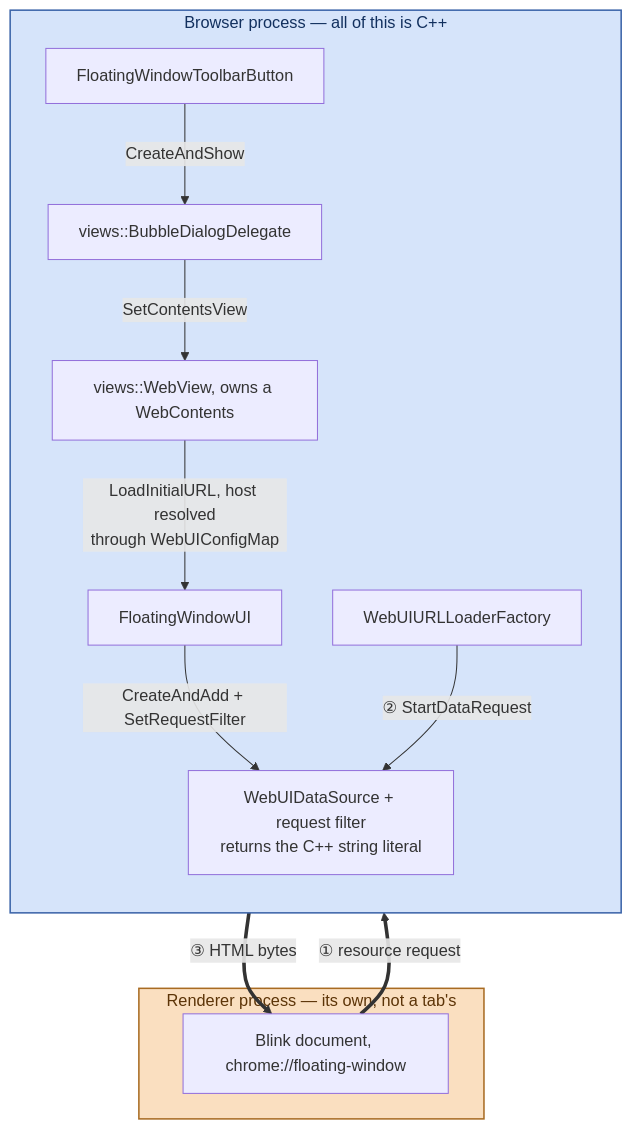
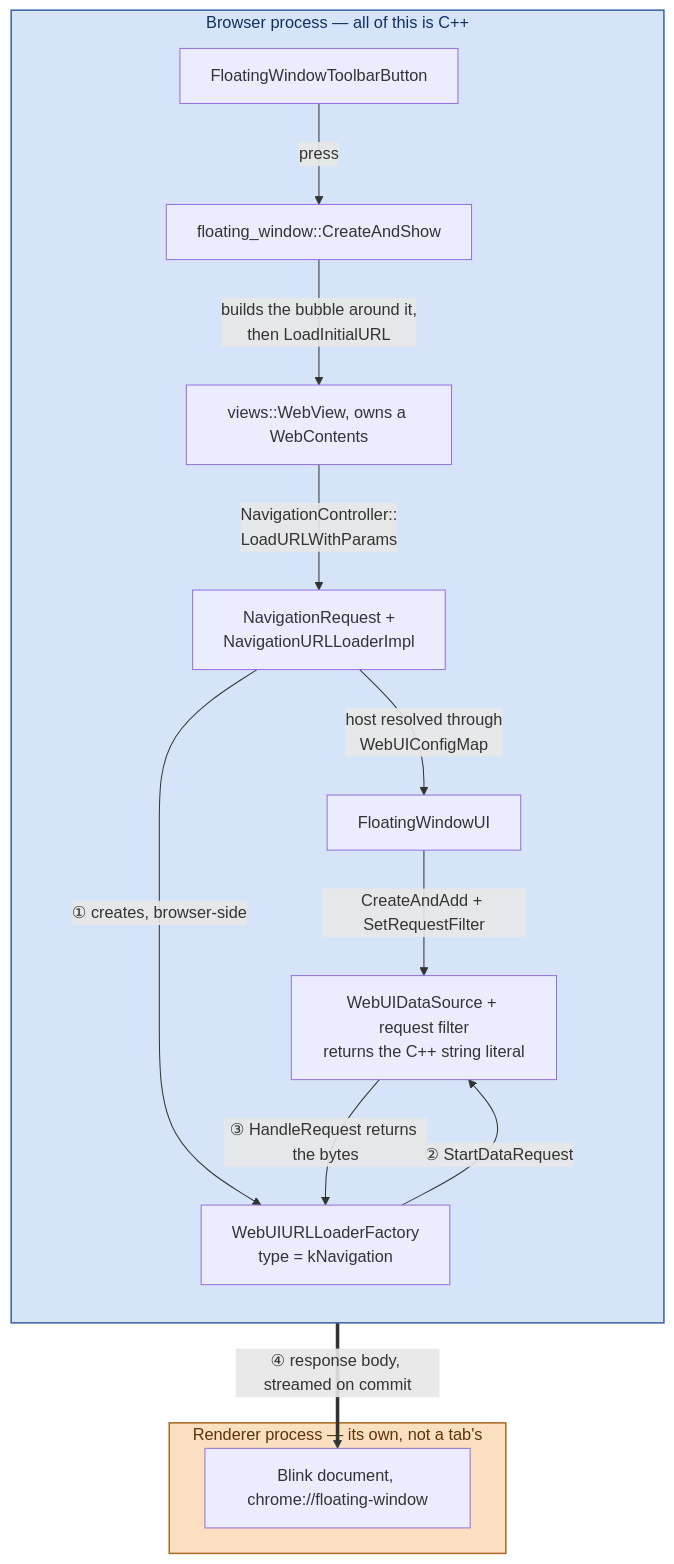
The first of 5 diagrams in docs/floating_window/floating-window-implementation.md (obeletski/chromium), drawn with Mermaid before and after one commit. The commit also changed other lines of this file and 1 other file, not shown here.

````diff
--- a/docs/floating_window/floating-window-implementation.md
+++ b/docs/floating_window/floating-window-implementation.md
@@ -50,29 +50,32 @@
 ```mermaid
 graph TB
   subgraph BROWSER["Browser process — all of this is C++"]
     direction TB
     BTN["FloatingWindowToolbarButton"]
-    DEL["views::BubbleDialogDelegate"]
+    CAS["floating_window::CreateAndShow"]
     WV["views::WebView, owns a WebContents"]
+    NAV["NavigationRequest +<br/>NavigationURLLoaderImpl"]
+    LF["WebUIURLLoaderFactory<br/>type = kNavigation"]
     UI["FloatingWindowUI"]
     SRC["WebUIDataSource + request filter<br/>returns the C++ string literal"]
-    LF["WebUIURLLoaderFactory"]
-    BTN -->|"CreateAndShow"| DEL
-    DEL -->|"SetContentsView"| WV
-    WV -->|"LoadInitialURL, host resolved<br/>through WebUIConfigMap"| UI
+    BTN -->|"press"| CAS
+    CAS -->|"builds the bubble around it,<br/>then LoadInitialURL"| WV
+    WV -->|"NavigationController::<br/>LoadURLWithParams"| NAV
+    NAV -->|"host resolved through<br/>WebUIConfigMap"| UI
     UI -->|"CreateAndAdd + SetRequestFilter"| SRC
+    NAV -->|"① creates, browser-side"| LF
     LF -->|"② StartDataRequest"| SRC
+    SRC -->|"③ HandleRequest returns the bytes"| LF
   end
 
   subgraph RENDERER["Renderer process — its own, not a tab's"]
     DOC["Blink document, chrome://floating-window"]
   end
 
-  DOC ==>|"① resource request"| LF
-  SRC ==>|"③ HTML bytes"| DOC
+  LF ==>|"④ response body, streamed on commit"| DOC
 
   classDef browser fill:#d6e4fa,stroke:#3a63a8,stroke-width:1.5px,color:#12305e
   classDef renderer fill:#fadfc0,stroke:#a86b22,stroke-width:1.5px,color:#5c3407
   class BROWSER browser
   class RENDERER renderer
 ```
````
